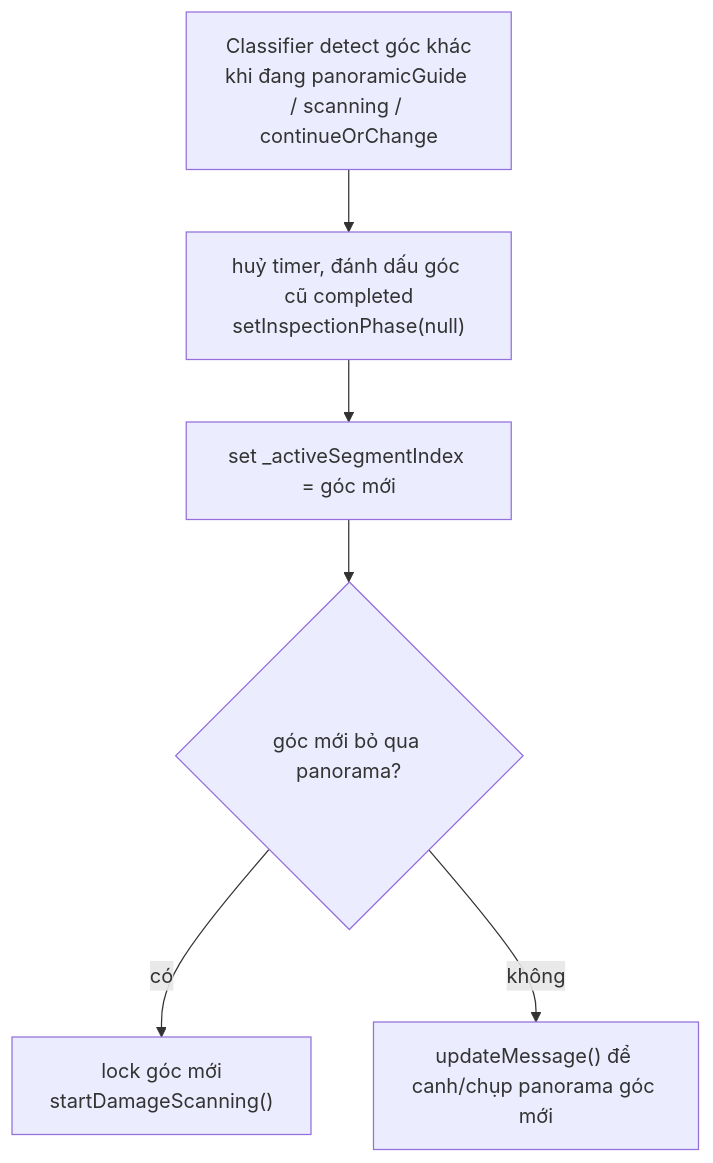
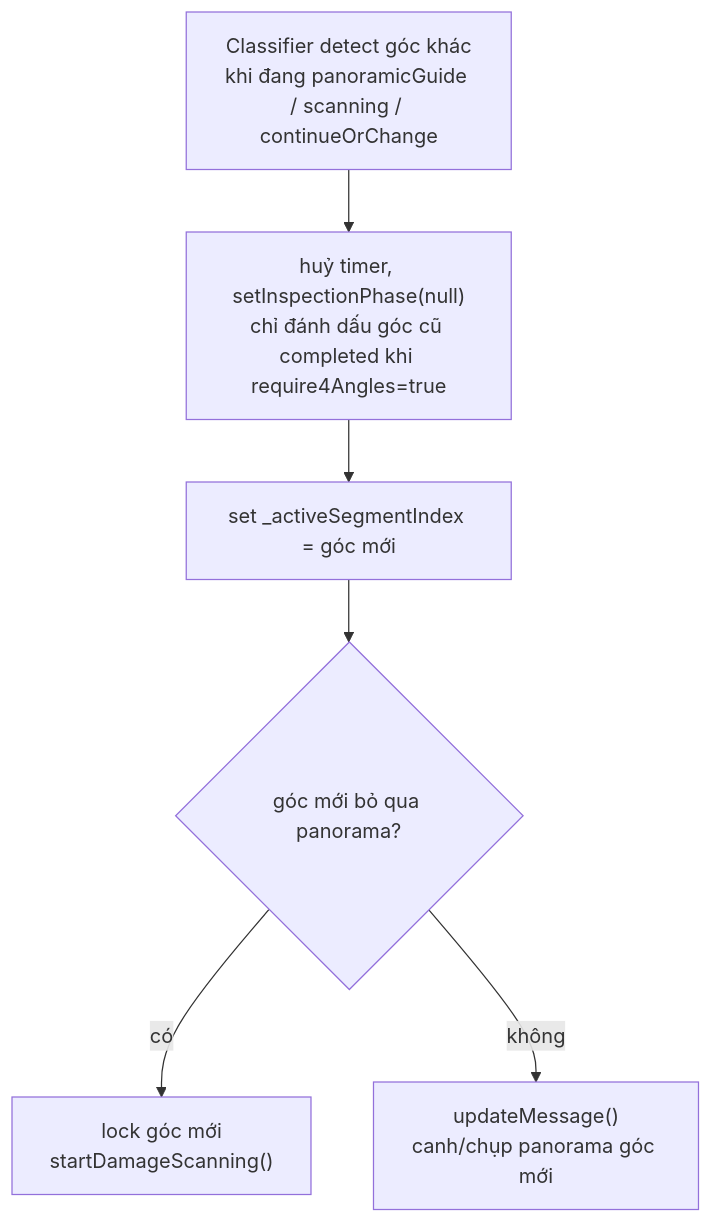
Before and after one commit to Aicycle-Insurance/aicycle_on_device: the ninth of 9 diagrams in CAMERA_CONTROLLER.md, drawn with Mermaid. The commit also changed other lines of this file and 3 other files, not shown here.

Commit message:
fix: update inspection phase timing and tooltip display duration

````diff
--- a/CAMERA_CONTROLLER.md
+++ b/CAMERA_CONTROLLER.md
@@ -198,8 +215,8 @@
 ```mermaid
 flowchart TD
-    R0["Classifier detect góc khác<br/>khi đang panoramicGuide / scanning / continueOrChange"] --> R1["huỷ timer, đánh dấu góc cũ completed<br/>setInspectionPhase(null)"]
+    R0["Classifier detect góc khác<br/>khi đang panoramicGuide / scanning / continueOrChange"] --> R1["huỷ timer, setInspectionPhase(null)<br/>chỉ đánh dấu góc cũ completed khi require4Angles=true"]
     R1 --> R2["set _activeSegmentIndex = góc mới"]
     R2 --> R3{"góc mới bỏ qua panorama?"}
     R3 -->|có| R4["lock góc mới<br/>startDamageScanning()"]
-    R3 -->|không| R5["updateMessage() để canh/chụp panorama góc mới"]
+    R3 -->|không| R5["updateMessage()<br/>canh/chụp panorama góc mới"]
 ```
````
